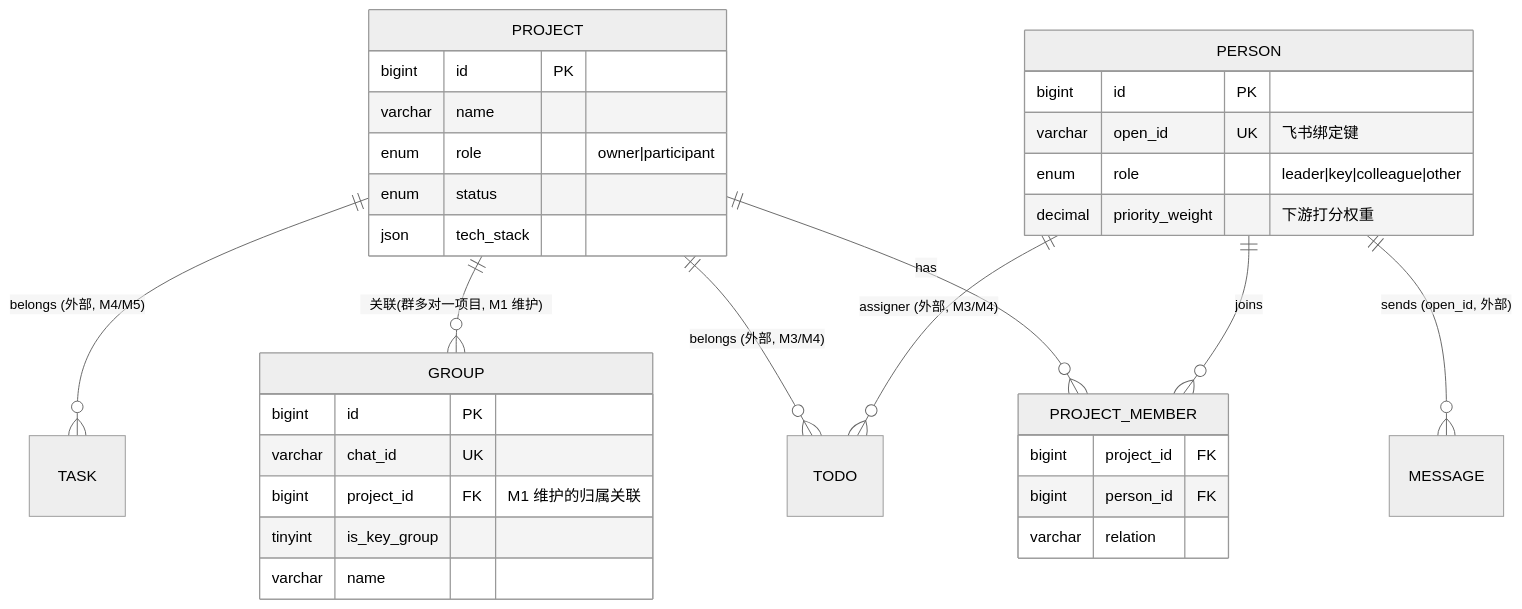
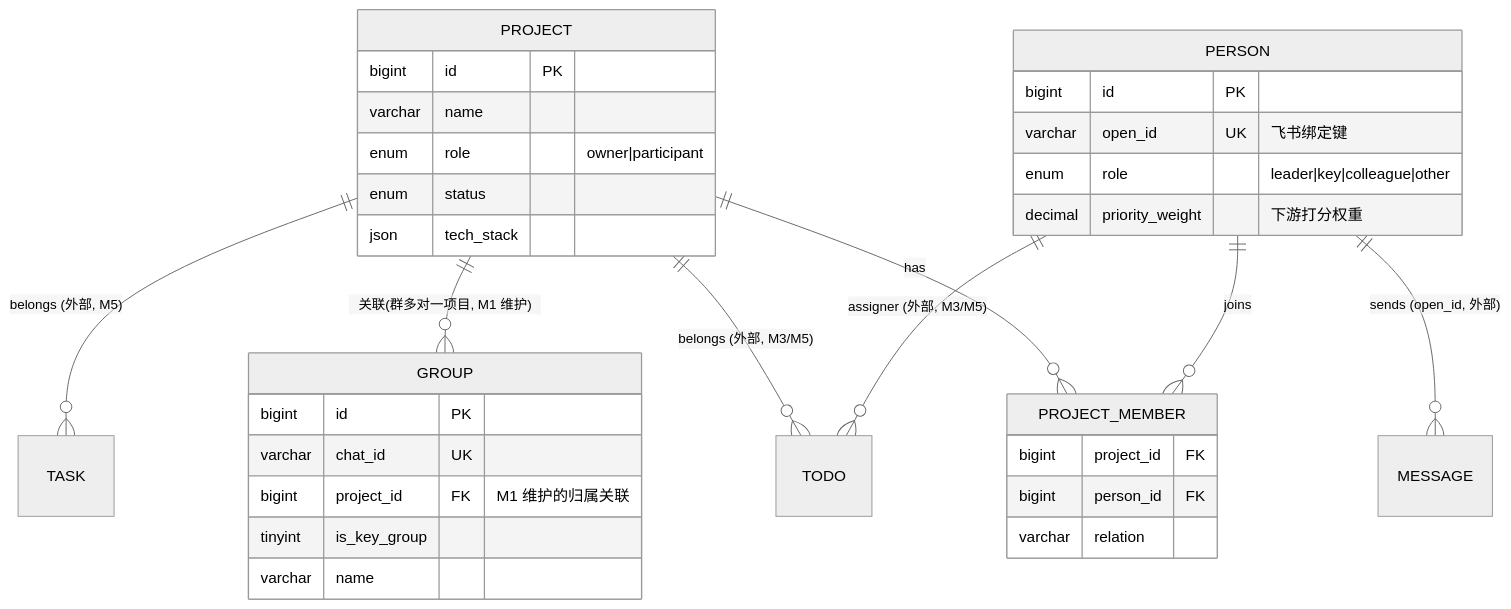
The diagram in docs/modules/01-background.md (mjscjj/jarvis), drawn with Mermaid (neutral theme) before and after one commit. The commit also changed other lines of this file and 79 other files, not shown here.

````diff
--- a/docs/modules/01-background.md
+++ b/docs/modules/01-background.md
@@ -35,36 +35,36 @@
 ```mermaid
 erDiagram
     PROJECT ||--o{ PROJECT_MEMBER : has
     PERSON  ||--o{ PROJECT_MEMBER : joins
     PROJECT ||--o{ GROUP   : "关联(群多对一项目, M1 维护)"
     PERSON  ||--o{ MESSAGE : "sends (open_id, 外部)"
-    PROJECT ||--o{ TODO    : "belongs (外部, M3/M4)"
-    PERSON  ||--o{ TODO    : "assigner (外部, M3/M4)"
-    PROJECT ||--o{ TASK    : "belongs (外部, M4/M5)"
+    PROJECT ||--o{ TODO    : "belongs (外部, M3/M5)"
+    PERSON  ||--o{ TODO    : "assigner (外部, M3/M5)"
+    PROJECT ||--o{ TASK    : "belongs (外部, M5)"
 
     PROJECT {
         bigint id PK
         varchar name
         enum   role "owner|participant"
         enum   status
         json   tech_stack
     }
     PERSON {
         bigint  id PK
         varchar open_id UK "飞书绑定键"
         enum    role "leader|key|colleague|other"
         decimal priority_weight "下游打分权重"
     }
     PROJECT_MEMBER {
         bigint project_id FK
         bigint person_id  FK
         varchar relation
     }
     GROUP {
         bigint id PK
         varchar chat_id UK
         bigint  project_id FK "M1 维护的归属关联"
         tinyint is_key_group
         varchar name
     }
 ```
````
